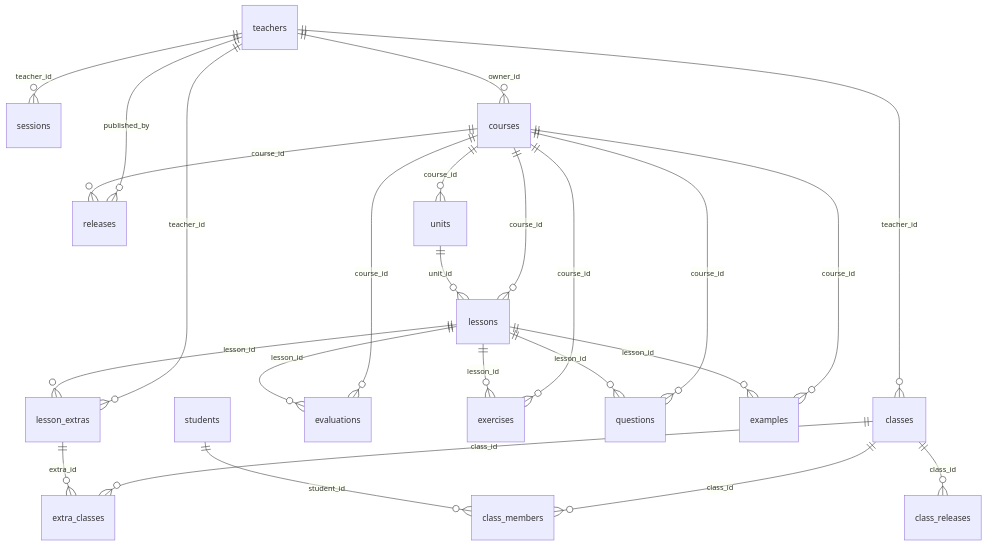
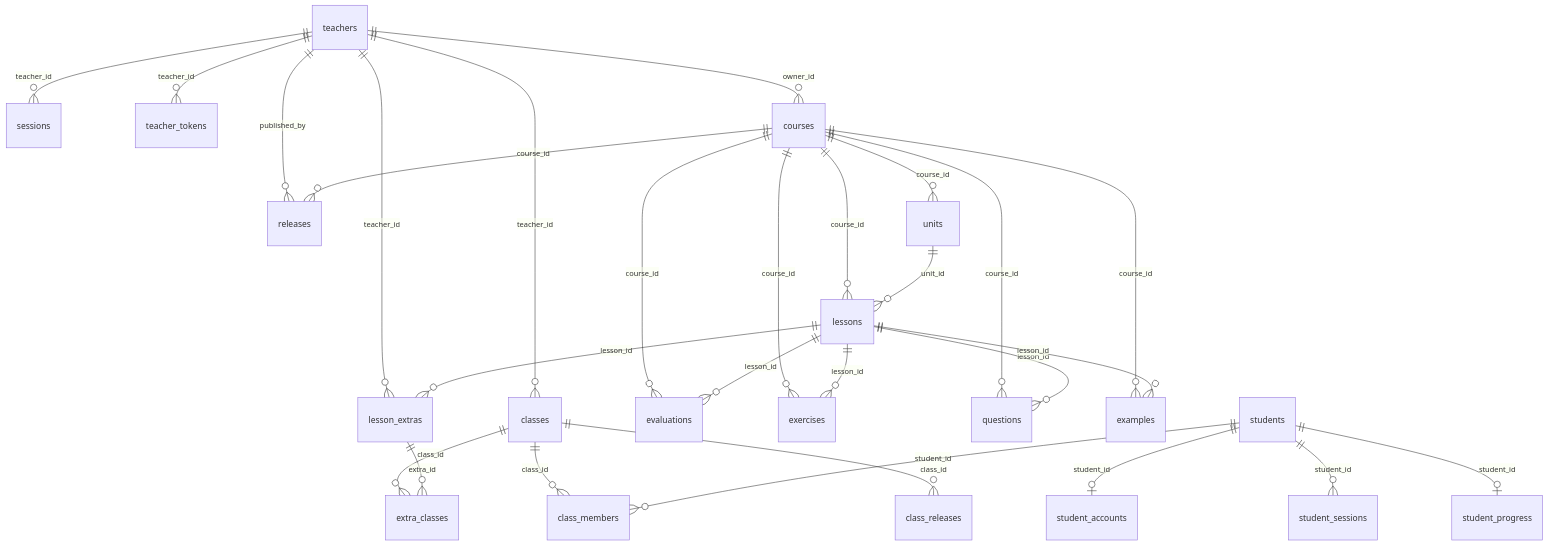
Before and after one commit to 1rauuul/MLO-content: the diagram in DATABASE teacher.md, drawn with Mermaid. The commit also changed other lines of this file and 101 other files, not shown here.

Commit message:
AUTH teachers and students

````diff
--- a/DATABASE teacher.md
+++ b/DATABASE teacher.md
@@ -9,29 +9,33 @@
 ```mermaid
 erDiagram
   teachers ||--o{ sessions : "teacher_id"
+  teachers ||--o{ teacher_tokens : "teacher_id"
   teachers ||--o{ courses : "owner_id"
   teachers ||--o{ classes : "teacher_id"
   teachers ||--o{ lesson_extras : "teacher_id"
   teachers ||--o{ releases : "published_by"
 
   courses ||--o{ units : "course_id"
   courses ||--o{ lessons : "course_id"
   courses ||--o{ evaluations : "course_id"
   courses ||--o{ exercises : "course_id"
   courses ||--o{ questions : "course_id"
   courses ||--o{ examples : "course_id"
   courses ||--o{ releases : "course_id"
 
   units ||--o{ lessons : "unit_id"
   lessons ||--o{ evaluations : "lesson_id"
   lessons ||--o{ exercises : "lesson_id"
   lessons ||--o{ questions : "lesson_id"
   lessons ||--o{ examples : "lesson_id"
   lessons ||--o{ lesson_extras : "lesson_id"
 
   classes ||--o{ class_members : "class_id"
   students ||--o{ class_members : "student_id"
+  students ||--o| student_accounts : "student_id"
+  students ||--o{ student_sessions : "student_id"
+  students ||--o| student_progress : "student_id"
   classes ||--o{ extra_classes : "class_id"
   lesson_extras ||--o{ extra_classes : "extra_id"
   classes ||--o{ class_releases : "class_id"
 ```
````
